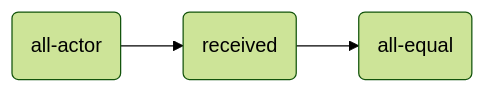
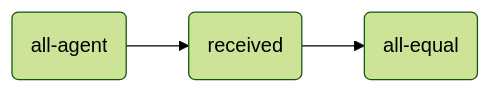
Before and after one commit to julianmendez/tiles: the first of 2 diagrams in docs/README.md, drawn with Mermaid (forest theme). The commit also changed other lines of this file and 62 other files, not shown here.

````diff
--- a/docs/README.md
+++ b/docs/README.md
@@ -76,5 +76,5 @@
 ```mermaid
 graph LR
-  all-actor(all-actor) --> received
+  all-agent(all-agent) --> received
   received(received) --> all-equal(all-equal)
 ```
````
